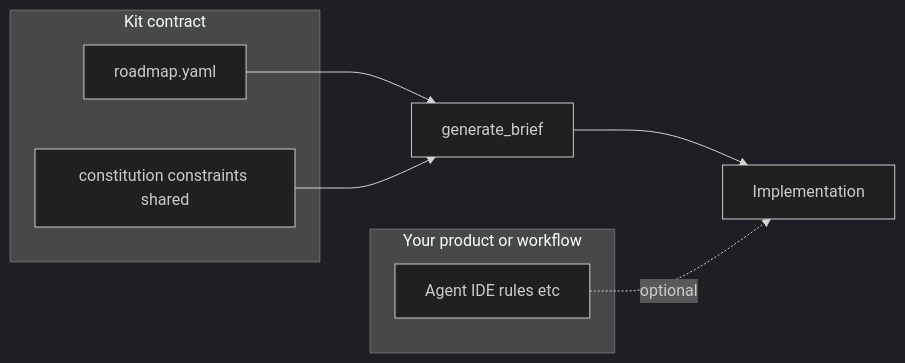
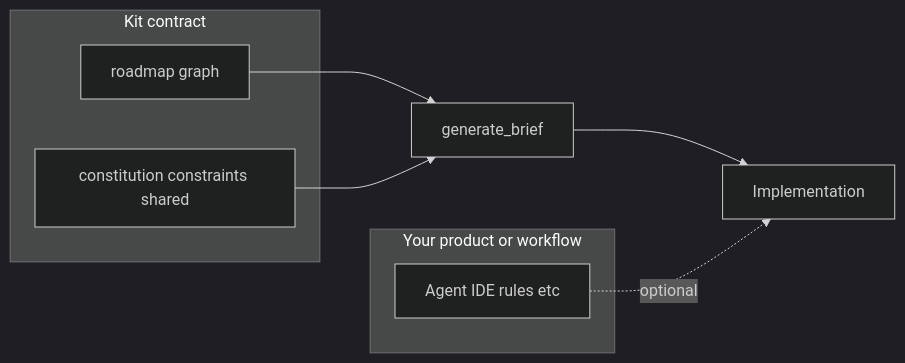
One commit to shanevigil/specy-road changed the diagram in docs/philosophy-and-scope.md. Above: the diagram before and after it, drawn with Mermaid (dark theme). The commit also changed other lines of this file and 18 other files, not shown here.

First line of the commit message:
feat(roadmap): hierarchical YAML chunks and 400-line policy

````diff
--- a/docs/philosophy-and-scope.md
+++ b/docs/philosophy-and-scope.md
@@ -43,14 +43,14 @@
 ```mermaid
 flowchart LR
   subgraph kitContract [Kit contract]
-    R[roadmap.yaml]
+    R[roadmap graph]
     C[constitution constraints shared]
   end
   subgraph userChoice [Your product or workflow]
     A[Agent IDE rules etc]
   end
   R --> brief[generate_brief]
   C --> brief
   brief --> implement[Implementation]
   A -. optional .-> implement
 ```
````
